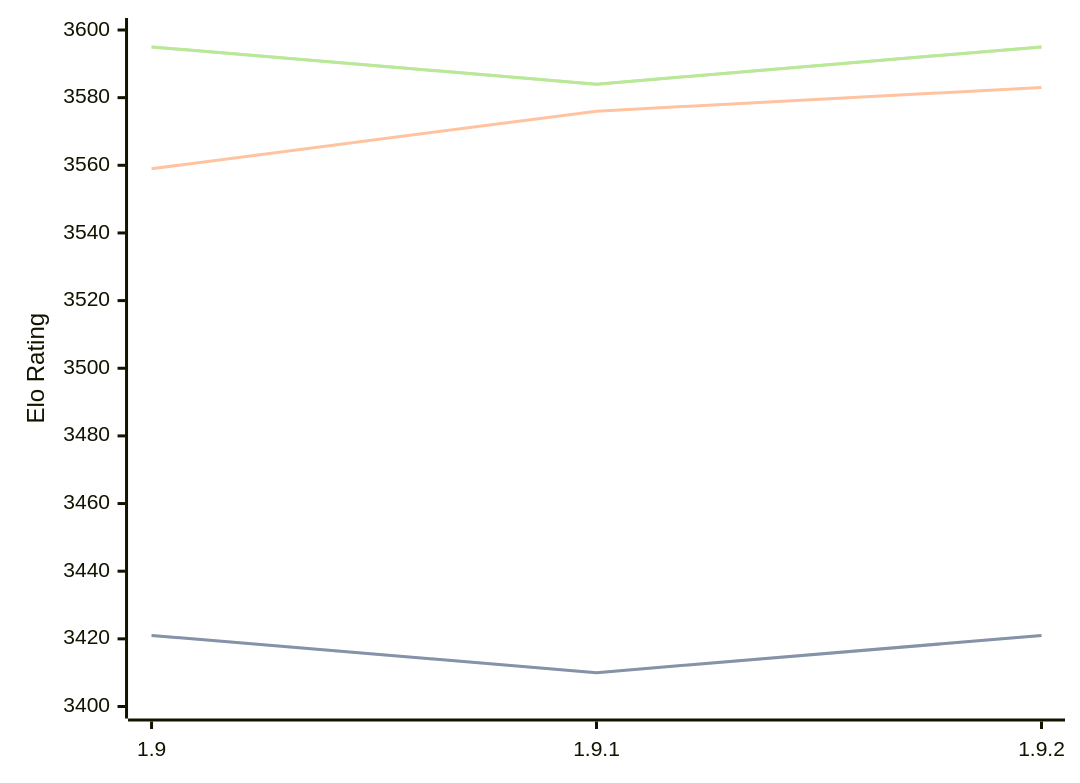
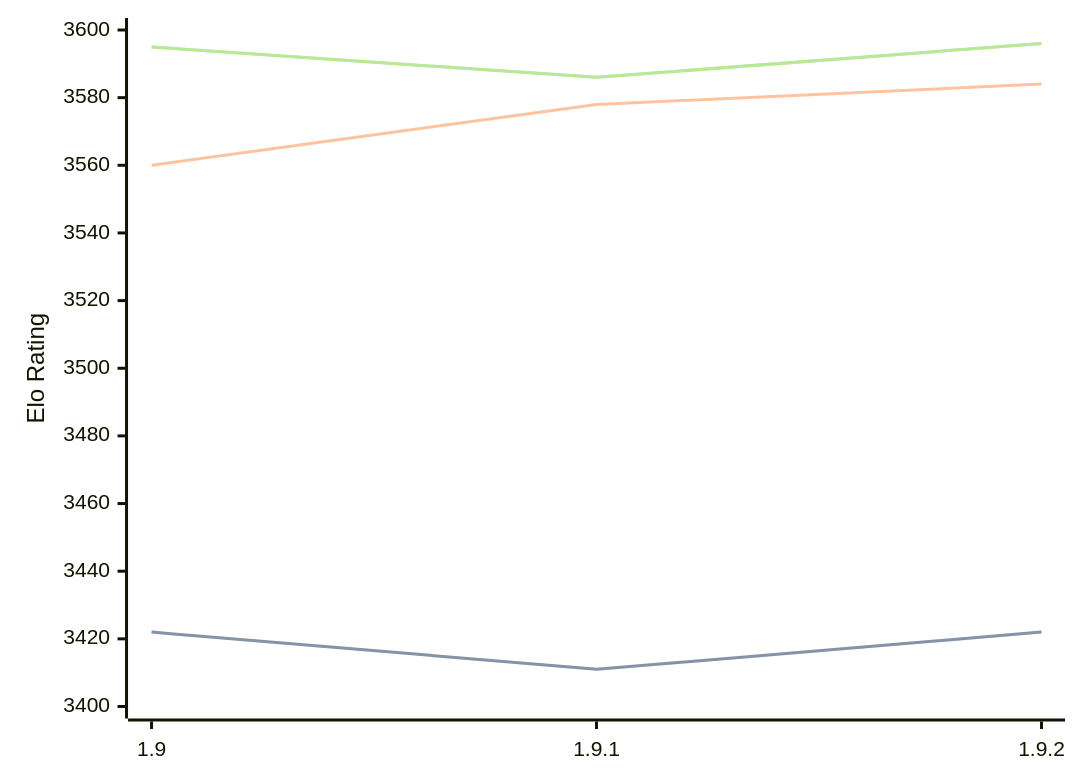
The diagram in engines/Pawnocchio.md (computer-chess-index/cci), drawn with Mermaid before and after one commit. The commit also changed other lines of this file, not shown here.

Commit message:
Update CCI Ratings (ELO VLTC) - 2026-05-06

````diff
--- a/engines/Pawnocchio.md
+++ b/engines/Pawnocchio.md
@@ -48,11 +48,11 @@
 ```mermaid
 %%{init: {"theme":"base","themeVariables":{"seriesColors:['#a3a3a3','#222221','#faa371']}}}%%
 xychart-beta
   x-axis ["1.9", "1.9.1", "1.9.2"]
   y-axis "Elo Rating" 3400 --> 3600
-  line "STC (8.0+0.08s)" [3421, 3410, 3421]
-  line "STC (8.0+0.08s)" [3421, 3410, 3421]
-  line "LTC (60.0+0.60s)" [3559, 3576, 3583]
-  line "VLTC (2m24s+1.12s)" [3595, 3584, 3595]
-  line "VLTC (2m24s+1.12s)" [3595, 3584, 3595]
+  line "STC (8.0+0.08s)" [3422, 3411, 3422]
+  line "STC (8.0+0.08s)" [3422, 3411, 3422]
+  line "LTC (60.0+0.60s)" [3560, 3578, 3584]
+  line "VLTC (2m24s+1.12s)" [3595, 3586, 3596]
+  line "VLTC (2m24s+1.12s)" [3595, 3586, 3596]
 ```
````
